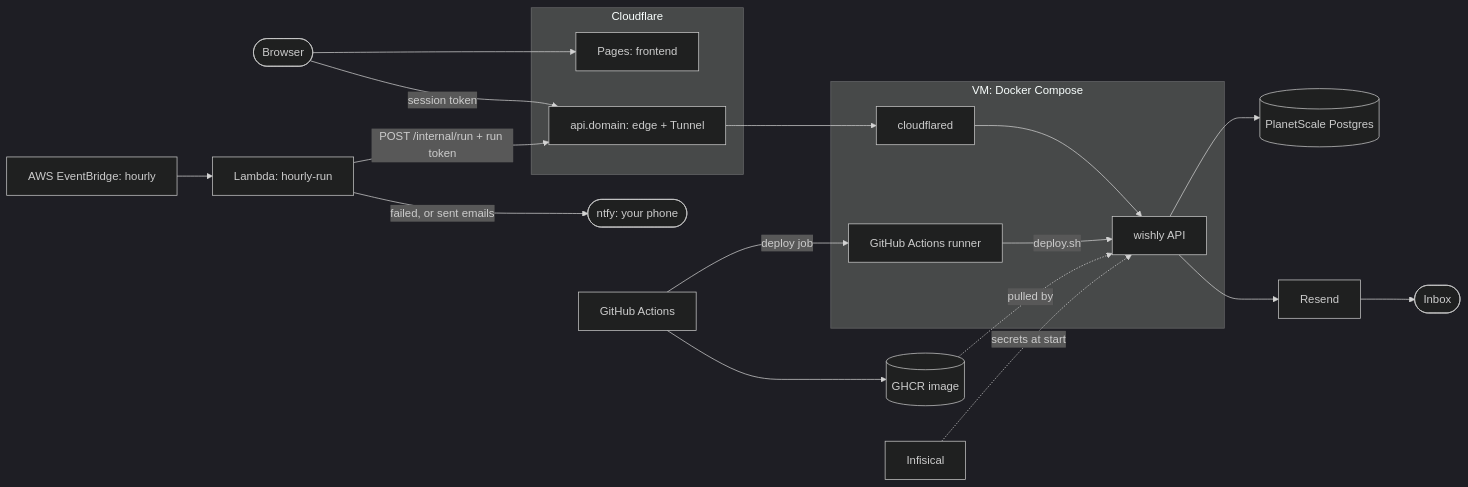
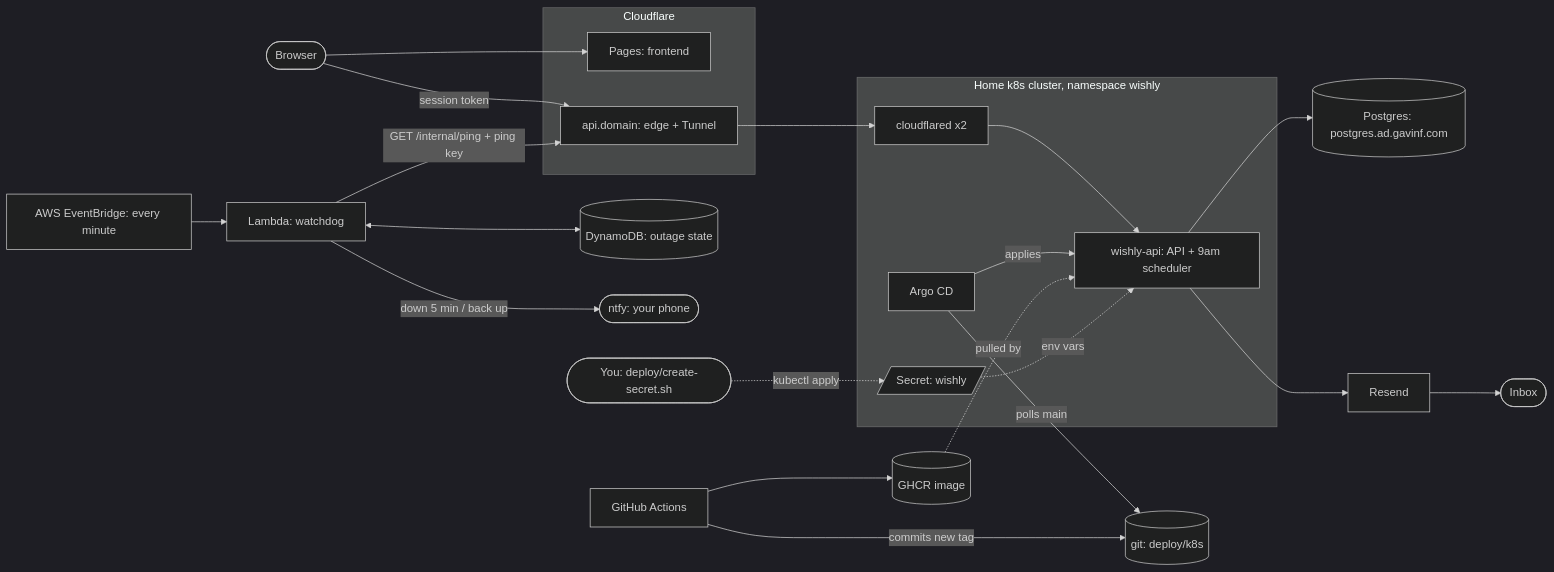
One commit to gavinfancher/wishly changed the diagram in docs/infrastructure.md. Above: the diagram before and after it, drawn with Mermaid (dark theme). The commit also changed other lines of this file and 54 other files, not shown here.

````diff
--- a/docs/infrastructure.md
+++ b/docs/infrastructure.md
@@ -9,37 +9,41 @@
 ```mermaid
 flowchart LR
   user([Browser])
   inbox([Inbox])
 
   subgraph cf[Cloudflare]
     pages[Pages: frontend]
     edge[api.domain: edge + Tunnel]
   end
 
-  subgraph vm[VM: Docker Compose]
-    cfd[cloudflared]
-    api[wishly API]
-    runner[GitHub Actions runner]
+  subgraph k8s[Home k8s cluster, namespace wishly]
+    cfd[cloudflared x2]
+    api[wishly-api: API + 9am scheduler]
+    sec[/Secret: wishly/]
+    argo[Argo CD]
   end
 
-  db[(PlanetScale Postgres)]
-  eb[AWS EventBridge: hourly]
-  lam[Lambda: hourly-run]
+  db[(Postgres: postgres.ad.gavinf.com)]
+  eb[AWS EventBridge: every minute]
+  lam[Lambda: watchdog]
+  ddb[(DynamoDB: outage state)]
   ntfy([ntfy: your phone])
   resend[Resend]
   gh[GitHub Actions] --> ghcr[(GHCR image)]
-  inf[Infisical]
+  you([You: deploy/create-secret.sh])
 
   user --> pages
   user -- "session token" --> edge
   eb --> lam
-  lam -- "POST /internal/run + run token" --> edge
-  lam -- "failed, or sent emails" --> ntfy
+  lam -- "GET /internal/ping + ping key" --> edge
+  lam <--> ddb
+  lam -- "down 5 min / back up" --> ntfy
   edge --> cfd --> api
   api --> db
   api --> resend --> inbox
-  gh -- "deploy job" --> runner
-  runner -- "deploy.sh" --> api
+  gh -- "commits new tag" --> repo[(git: deploy/k8s)]
+  argo -- "polls main" --> repo
+  argo -- "applies" --> api
   ghcr -. pulled by .-> api
-  inf -. "secrets at start" .-> api
+  you -. "kubectl apply" .-> sec -. "env vars" .-> api
 ```
````
